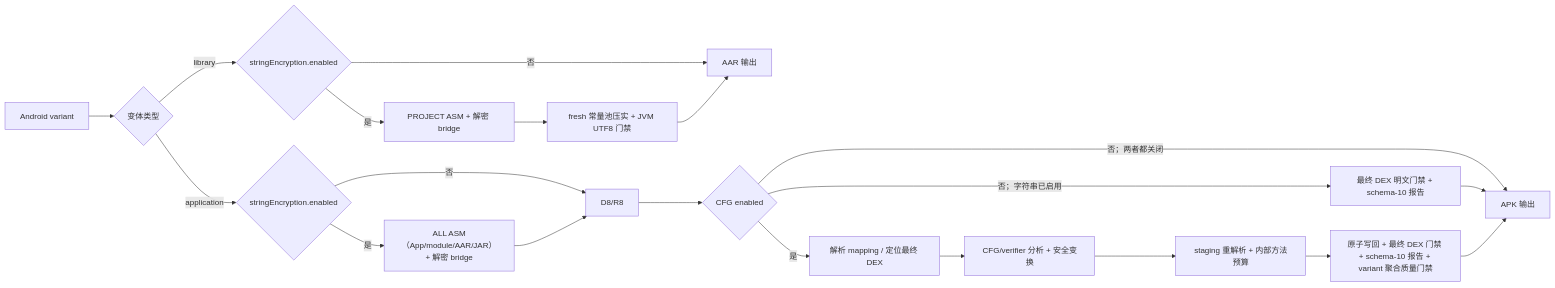
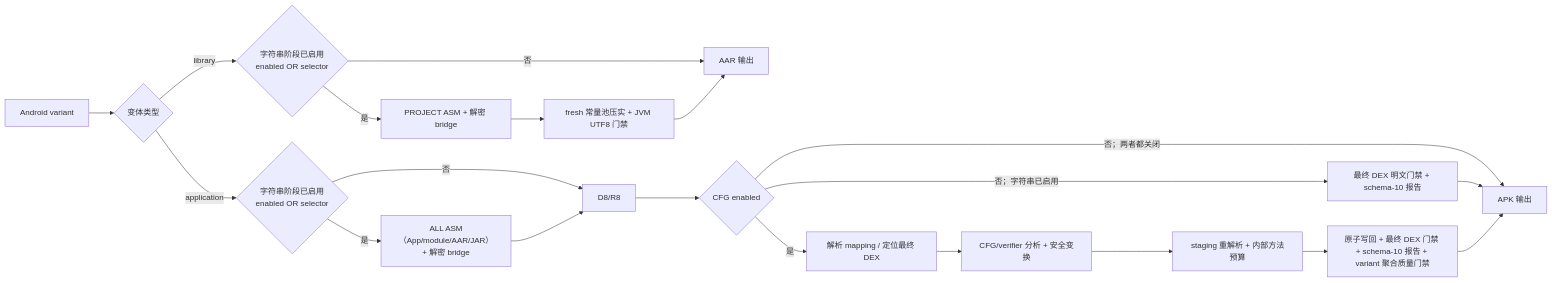
One commit to w296488320/DexCfgObfuscator changed the diagram in doc/README_CN.md. Above: the diagram before and after it, drawn with Mermaid. The commit also changed other lines of this file and 13 other files, not shown here.

````diff
--- a/doc/README_CN.md
+++ b/doc/README_CN.md
@@ -447,22 +452,22 @@
 ```mermaid
 flowchart LR
     A["Android variant"] --> V{"变体类型"}
-    V -->|library| LB{"stringEncryption.enabled"}
+    V -->|library| LB{"字符串阶段已启用<br/>enabled OR selector"}
     LB -->|否| LA["AAR 输出"]
     LB -->|是| LC["PROJECT ASM + 解密 bridge"]
     LC --> L["fresh 常量池压实 + JVM UTF8 门禁"]
     L --> LA
-    V -->|application| AB{"stringEncryption.enabled"}
+    V -->|application| AB{"字符串阶段已启用<br/>enabled OR selector"}
     AB -->|是| C["ALL ASM（App/module/AAR/JAR）+ 解密 bridge"]
     AB -->|否| E["D8/R8"]
     C --> E
     E --> F{"CFG enabled"}
     F -->|否；字符串已启用| S["最终 DEX 明文门禁 + schema-10 报告"]
     F -->|否；两者都关闭| G["APK 输出"]
     S --> G
     F -->|是| H["解析 mapping / 定位最终 DEX"]
     H --> I["CFG/verifier 分析 + 安全变换"]
     I --> J["staging 重解析 + 内部方法预算"]
     J --> K["原子写回 + 最终 DEX 门禁 + schema-10 报告 + variant 聚合质量门禁"]
     K --> G
 ```
````
